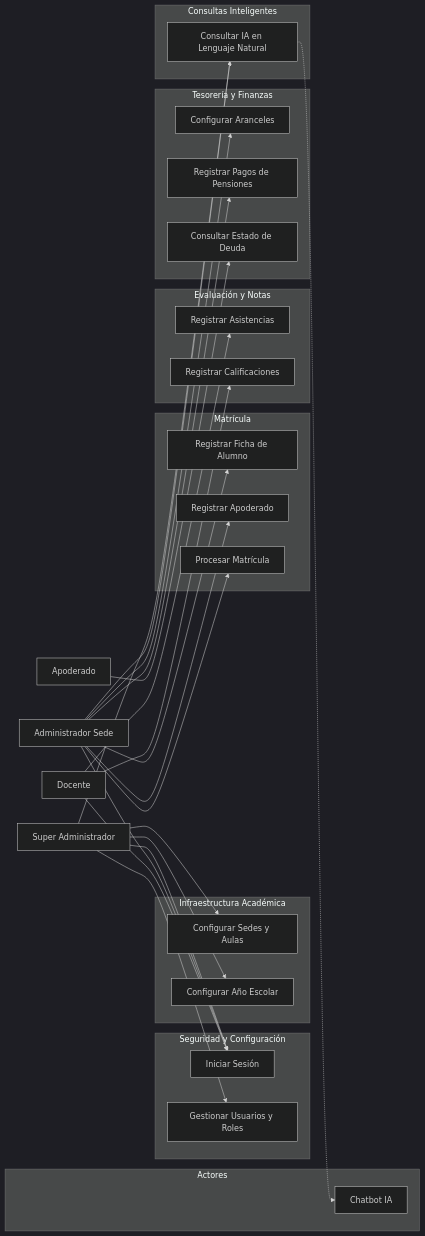
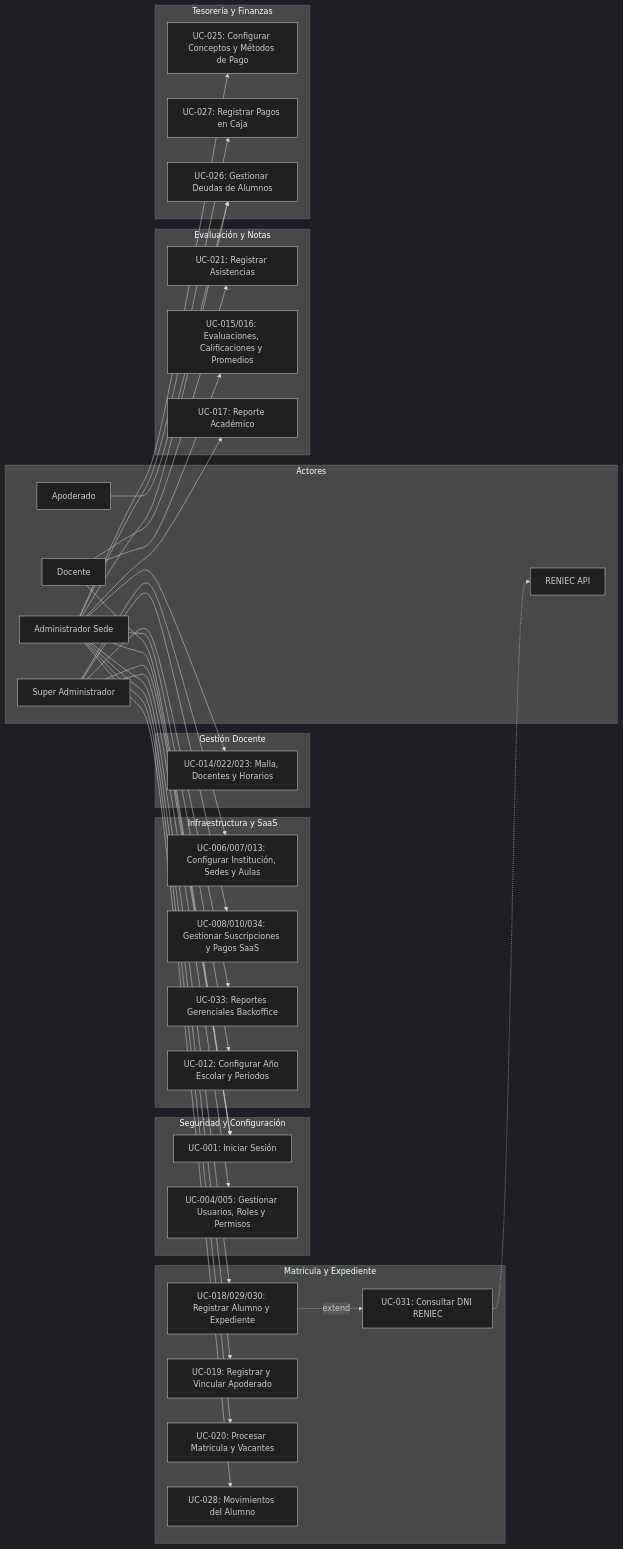
One commit to Xoryex/Proyecto_Escuela changed the second of 17 diagrams in Mis_documentos/Informe_ING_Software.md. Above: the diagram before and after it, drawn with Mermaid (dark theme). The commit also changed other lines of this file and 20 other files, not shown here.

````diff
--- a/Mis_documentos/Informe_ING_Software.md
+++ b/Mis_documentos/Informe_ING_Software.md
@@ -238,45 +238,50 @@
 ```mermaid
 graph LR
     subgraph Actores
         SA[Super Administrador]
         AS[Administrador Sede]
         D[Docente]
         AP[Apoderado]
-        IA[Chatbot IA]
+        RENIEC[RENIEC API]
     end
 
     subgraph Seguridad y Configuración
-        SA --> UC1[Iniciar Sesión]
-        SA --> UC2[Gestionar Usuarios y Roles]
-        AS --> UC1
-        D --> UC1
+        SA --> UC001[UC-001: Iniciar Sesión]
+        SA --> UC004[UC-004/005: Gestionar Usuarios, Roles y Permisos]
+        AS --> UC001
+        D --> UC001
     end
 
-    subgraph Infraestructura Académica
-        SA --> UC3[Configurar Sedes y Aulas]
-        SA --> UC4[Configurar Año Escolar]
+    subgraph Infraestructura y SaaS
+        SA --> UC006[UC-006/007/013: Configurar Institución, Sedes y Aulas]
+        SA --> UC008[UC-008/010/034: Gestionar Suscripciones y Pagos SaaS]
+        SA --> UC033[UC-033: Reportes Gerenciales Backoffice]
+        AS --> UC012[UC-012: Configurar Año Escolar y Periodos]
     end
 
-    subgraph Matrícula
-        AS --> UC5[Registrar Ficha de Alumno]
-        AS --> UC6[Registrar Apoderado]
-        AS --> UC7[Procesar Matrícula]
+    subgraph Gestión Docente
+        AS --> UC014[UC-014/022/023: Malla, Docentes y Horarios]
+    end
+
+    subgraph Matrícula y Expediente
+        AS --> UC018[UC-018/029/030: Registrar Alumno y Expediente]
+        UC018 -.->|extend| UC031[UC-031: Consultar DNI RENIEC]
+        UC031 -.-> RENIEC
+        AS --> UC019[UC-019: Registrar y Vincular Apoderado]
+        AS --> UC020[UC-020: Procesar Matrícula y Vacantes]
+        AS --> UC028[UC-028: Movimientos del Alumno]
     end
 
     subgraph Evaluación y Notas
-        D --> UC8[Registrar Asistencias]
-        D --> UC9[Registrar Calificaciones]
+        D --> UC021[UC-021: Registrar Asistencias]
+        D --> UC016[UC-015/016: Evaluaciones, Calificaciones y Promedios]
+        AS --> UC017[UC-017: Reporte Académico]
     end
 
     subgraph Tesorería y Finanzas
-        AS --> UC10[Configurar Aranceles]
-        AS --> UC11[Registrar Pagos de Pensiones]
-        AP --> UC12[Consultar Estado de Deuda]
-    end
-
-    subgraph Consultas Inteligentes
-        SA --> UC13[Consultar IA en Lenguaje Natural]
-        AS --> UC13
-        UC13 -.-> IA
+        AS --> UC025[UC-025: Configurar Conceptos y Métodos de Pago]
+        AS --> UC027[UC-027: Registrar Pagos en Caja]
+        AS --> UC026[UC-026: Gestionar Deudas de Alumnos]
+        AP --> UC026
     end
 ```
````
